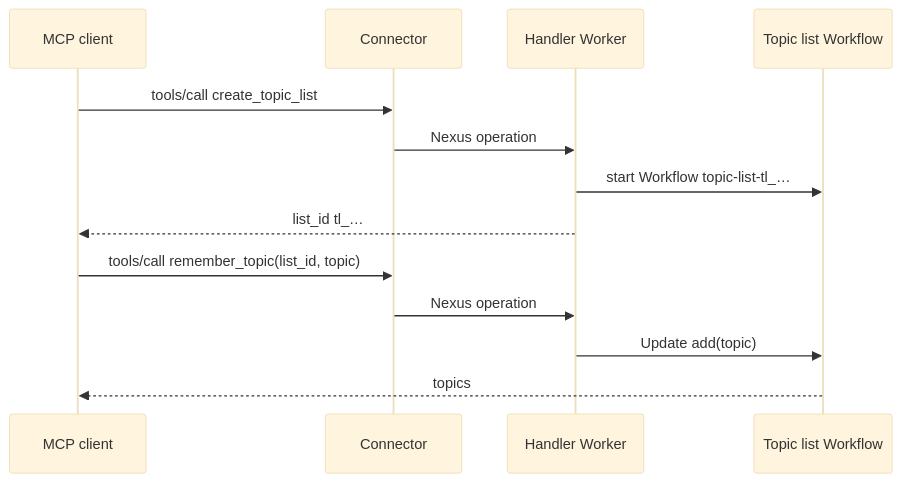
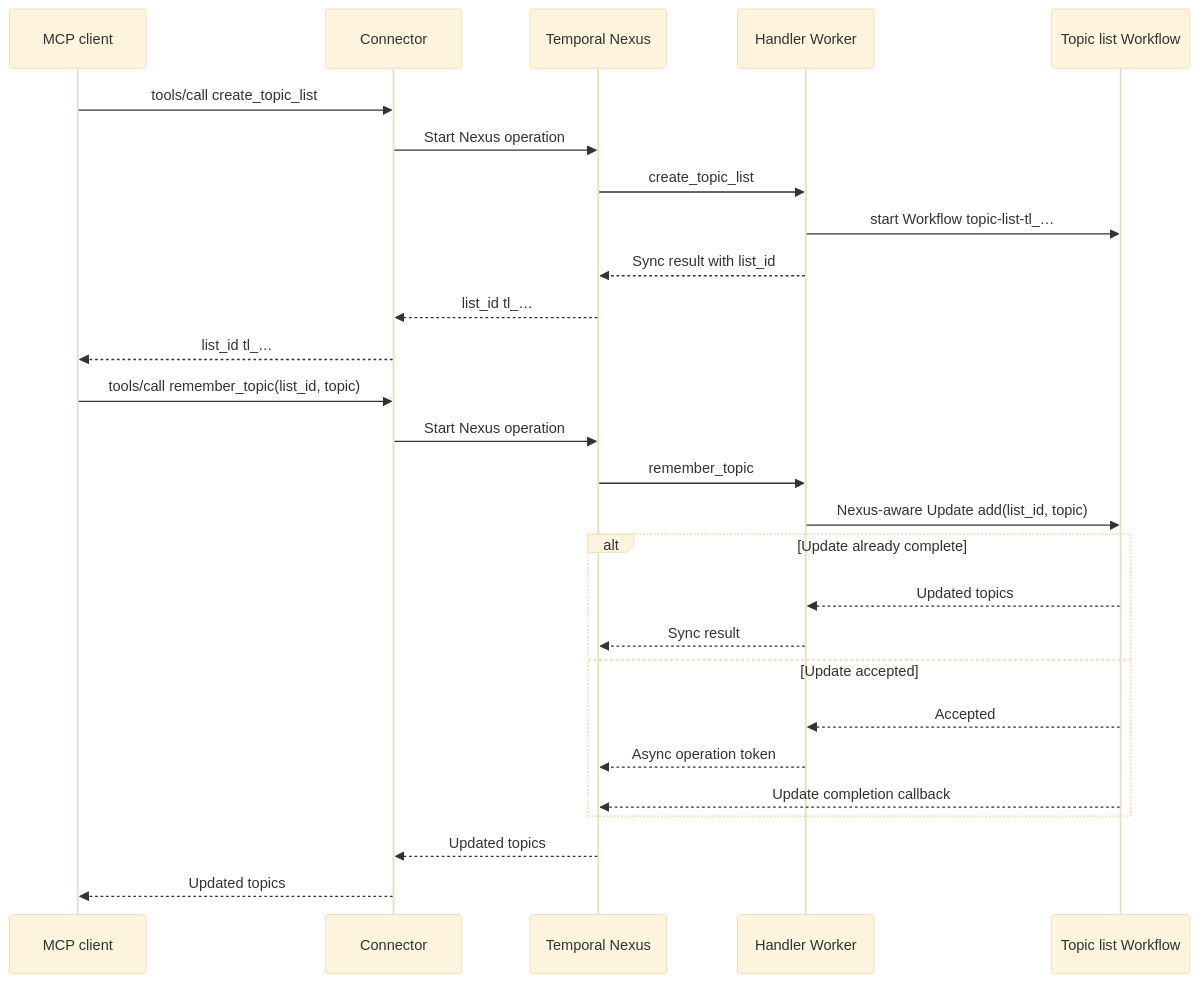
One commit to long-nt-tran/durable-mcp-connector changed the third of 3 diagrams in ARCHITECTURE.md. Above: the diagram before and after it, drawn with Mermaid (base theme). The commit also changed other lines of this file and 102 other files, not shown here.

````diff
--- a/ARCHITECTURE.md
+++ b/ARCHITECTURE.md
@@ -301,15 +347,29 @@
 ```mermaid
 sequenceDiagram
   participant C as MCP client
   participant K as Connector
+  participant N as Temporal Nexus
   participant H as Handler Worker
   participant L as Topic list Workflow
   C->>K: tools/call create_topic_list
-  K->>H: Nexus operation
+  K->>N: Start Nexus operation
+  N->>H: create_topic_list
   H->>L: start Workflow topic-list-tl_…
-  H-->>C: list_id tl_…
+  H-->>N: Sync result with list_id
+  N-->>K: list_id tl_…
+  K-->>C: list_id tl_…
   C->>K: tools/call remember_topic(list_id, topic)
-  K->>H: Nexus operation
-  H->>L: Update add(topic)
-  L-->>C: topics
+  K->>N: Start Nexus operation
+  N->>H: remember_topic
+  H->>L: Nexus-aware Update add(list_id, topic)
+  alt Update already complete
+    L-->>H: Updated topics
+    H-->>N: Sync result
+  else Update accepted
+    L-->>H: Accepted
+    H-->>N: Async operation token
+    L-->>N: Update completion callback
+  end
+  N-->>K: Updated topics
+  K-->>C: Updated topics
 ```
````
